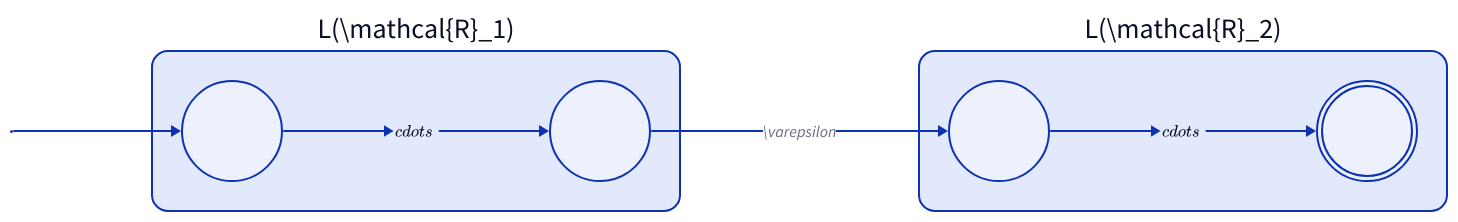
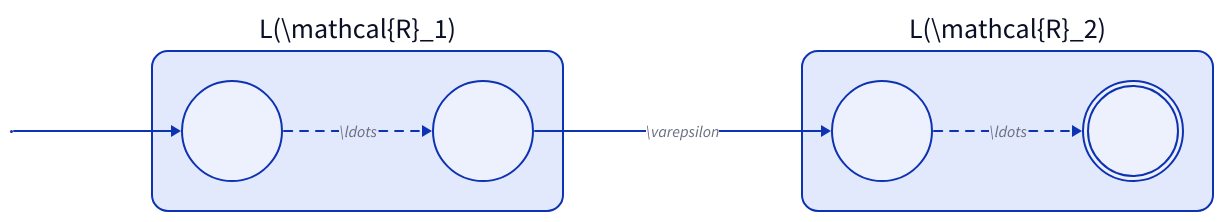
The diagram in content/_attachments/teorema-da-regex-a-enfa-concatenazione.d2 (Rexus752/digital-garden), drawn with D2 before and after one commit. The commit also changed 19 other files, not shown here.

```diff
--- a/content/_attachments/teorema-da-regex-a-enfa-concatenazione.d2
+++ b/content/_attachments/teorema-da-regex-a-enfa-concatenazione.d2
@@ -1,48 +1,46 @@
 direction: right
 
 start: "" {
   shape: circle
   width: 1
   height: 1
   style.fill: black
 }
 
 lr1: |latex L(\mathcal{R}_1) | {
   shape: rectangle
   style.border-radius: 16
 
   q1: "" {
     shape: circle
   }
 
-  ledots: |latex \cdots |
-
   qf1: "" {
     shape: circle
   }
 
-  q1 -> ledots
-  ledots -> qf1
+  q1 -> qf1: |latex \ldots | {
+    style.stroke-dash: 4
+  }
 }
 
 lr2: |latex L(\mathcal{R}_2) | {
   shape: rectangle
   style.border-radius: 16
 
   q2: "" {
     shape: circle
   }
 
-  lfdots: |latex \cdots |
-
   qf2: "" {
     shape: circle
     style.double-border: true
   }
 
-  q2 -> lfdots
-  lfdots -> qf2
+  q2 -> qf2: |latex \ldots | {
+    style.stroke-dash: 4
+  }
 }
 
 start -> lr1.q1
 lr1.qf1 -> lr2.q2: |latex \varepsilon |
```
